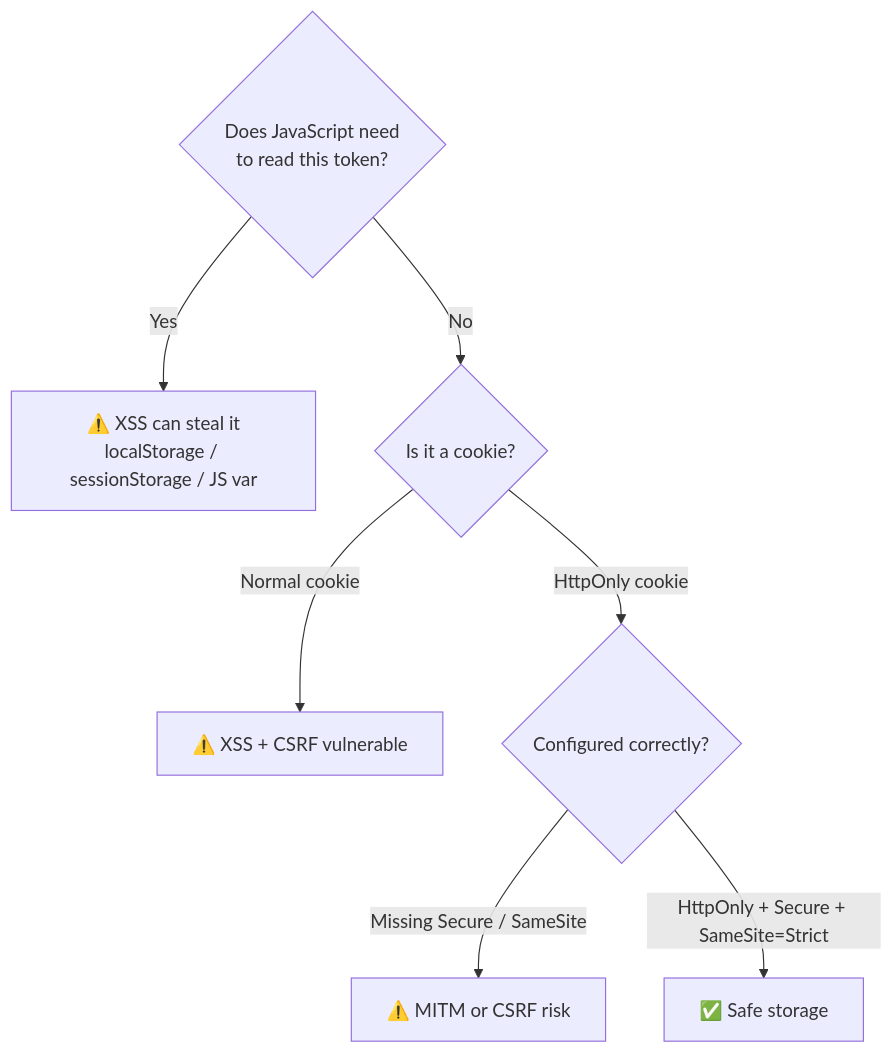
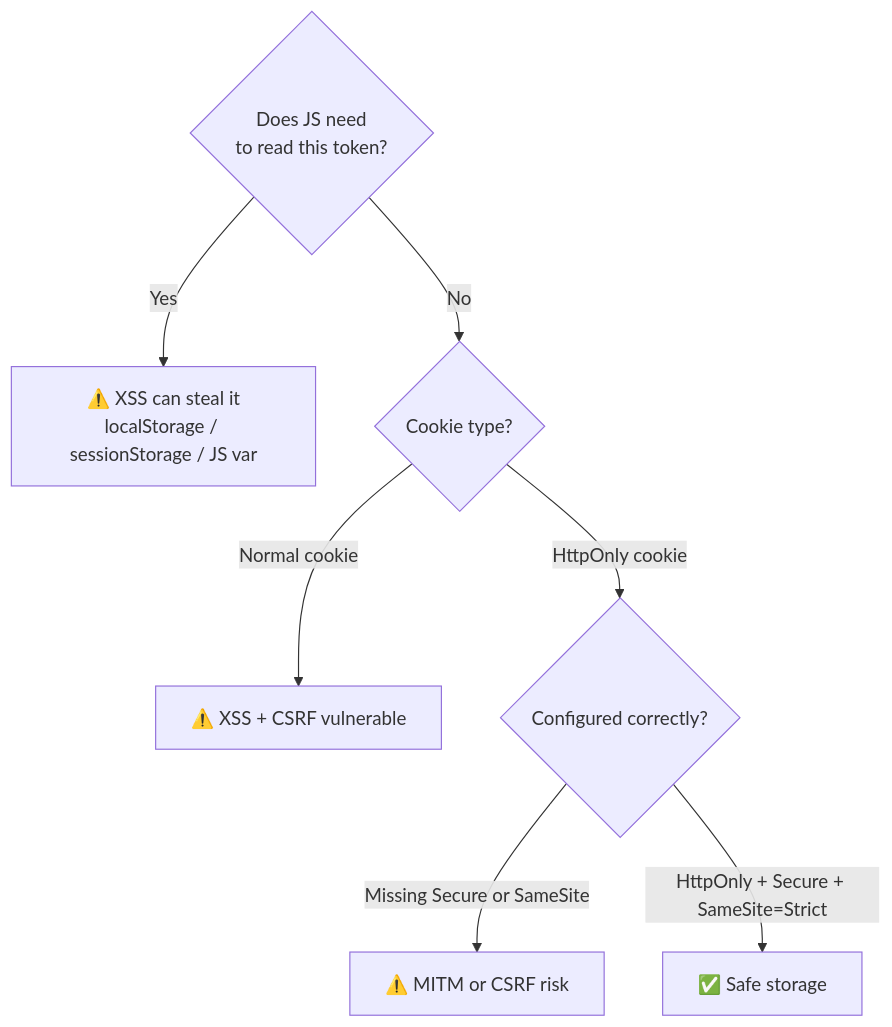
Before and after one commit to tkachenko0/article-the-browser-that-knew-too-much: the third of 6 diagrams in README.md, drawn with Mermaid. The commit also changed other lines of this file, not shown here.

````diff
--- a/README.md
+++ b/README.md
@@ -114,12 +103,12 @@
 ```mermaid
 flowchart TD
-    Q1{Does JavaScript need
+    Q1{Does JS need
 to read this token?}
     Q1 -->|Yes| WARN[⚠️ XSS can steal it
 localStorage / sessionStorage / JS var]
-    Q1 -->|No| Q2{Is it a cookie?}
+    Q1 -->|No| Q2{Cookie type?}
     Q2 -->|Normal cookie| WARN2[⚠️ XSS + CSRF vulnerable]
     Q2 -->|HttpOnly cookie| Q3{Configured correctly?}
-    Q3 -->|Missing Secure / SameSite| WARN3[⚠️ MITM or CSRF risk]
+    Q3 -->|Missing Secure or SameSite| WARN3[⚠️ MITM or CSRF risk]
     Q3 -->|HttpOnly + Secure + SameSite=Strict| SAFE[✅ Safe storage]
 ```
````
